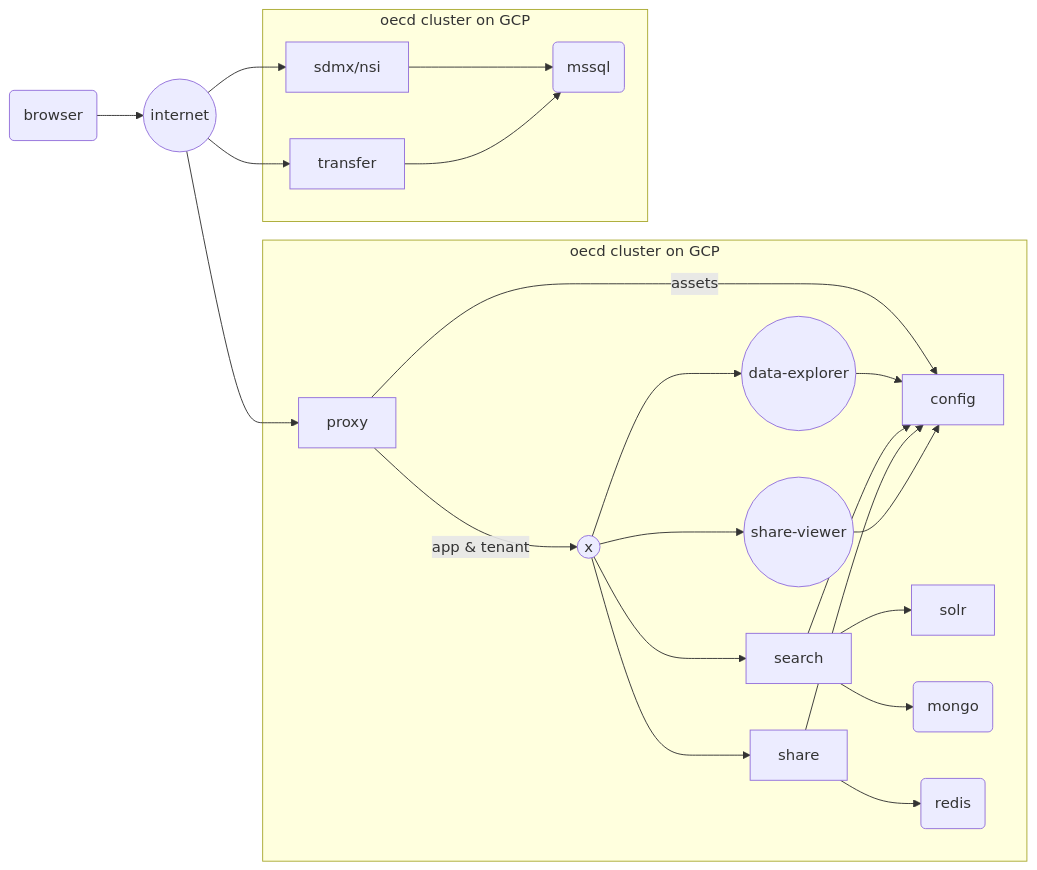
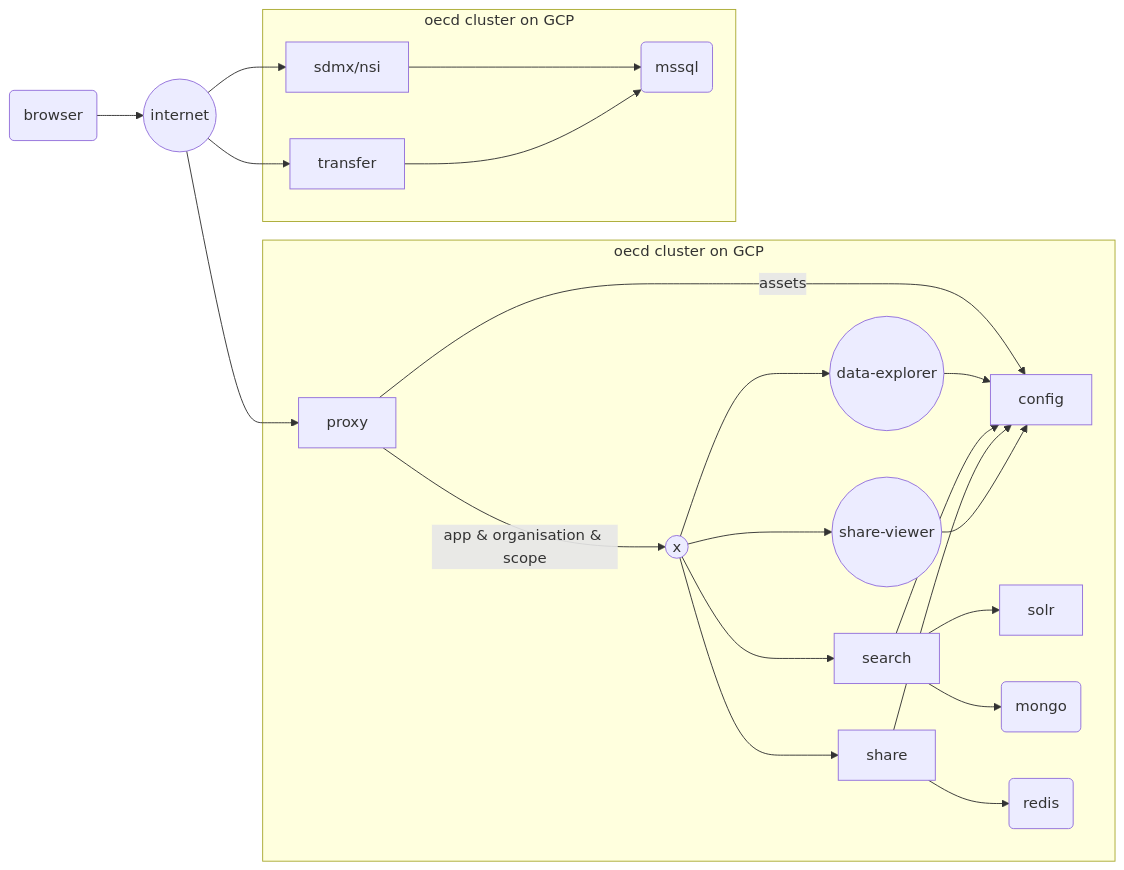
One commit to mmiranda222/.statsuite changed the fourth of 5 diagrams in content/getting started/framework.md. Above: the diagram before and after it, drawn with Mermaid. The commit also changed other lines of this file and 10 other files, not shown here.

Commit message:
clarify tenant architecture

```diff
--- a/content/getting started/framework.md
+++ b/content/getting started/framework.md
@@ -433,42 +433,42 @@
 {{< mermaid align="left" >}}
 graph LR
 id1(browser)
 id2((internet))
 id3[proxy]
 id4((data-explorer))
 id12((share-viewer))
 id5[search]
 id6[share]
 id7[config]
 id8[solr]
 id9(mongo)
 id10(redis)
 id11((x))
 id13[sdmx/nsi]
 id14[transfer]
 id15(mssql)
 
 id1 --> id2
 id2 --> id3
 subgraph oecd cluster on GCP
-id3 -->|app & tenant| id11
+id3 -->|app & organisation & scope| id11
 id3 -->|assets| id7
 id11 --> id4
 id11 --> id5
 id11 --> id6
 id11 --> id12
 id4 --> id7
 id5 --> id7
 id5 --> id8
 id5 --> id9
 id6 --> id7
 id6 --> id10
 id12 --> id7
 end
 id2 --> id13
 id2 --> id14
 subgraph oecd cluster on GCP
 id13 --> id15
 id14 --> id15
 end
 {{< /mermaid >}}
```
